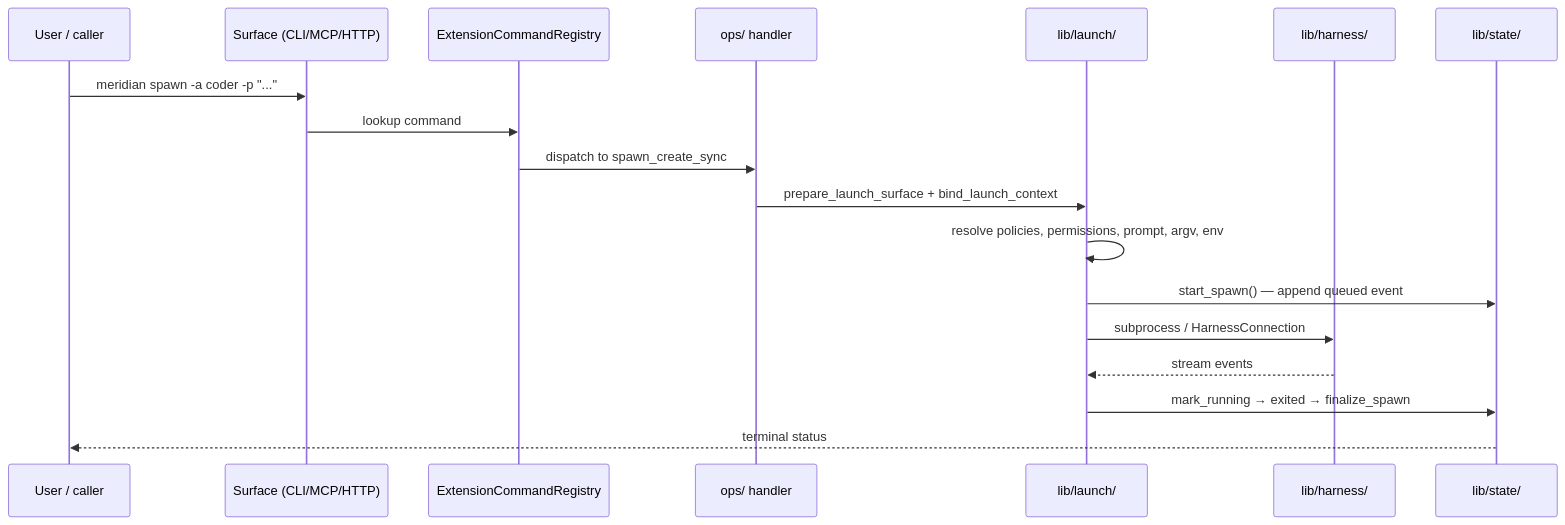
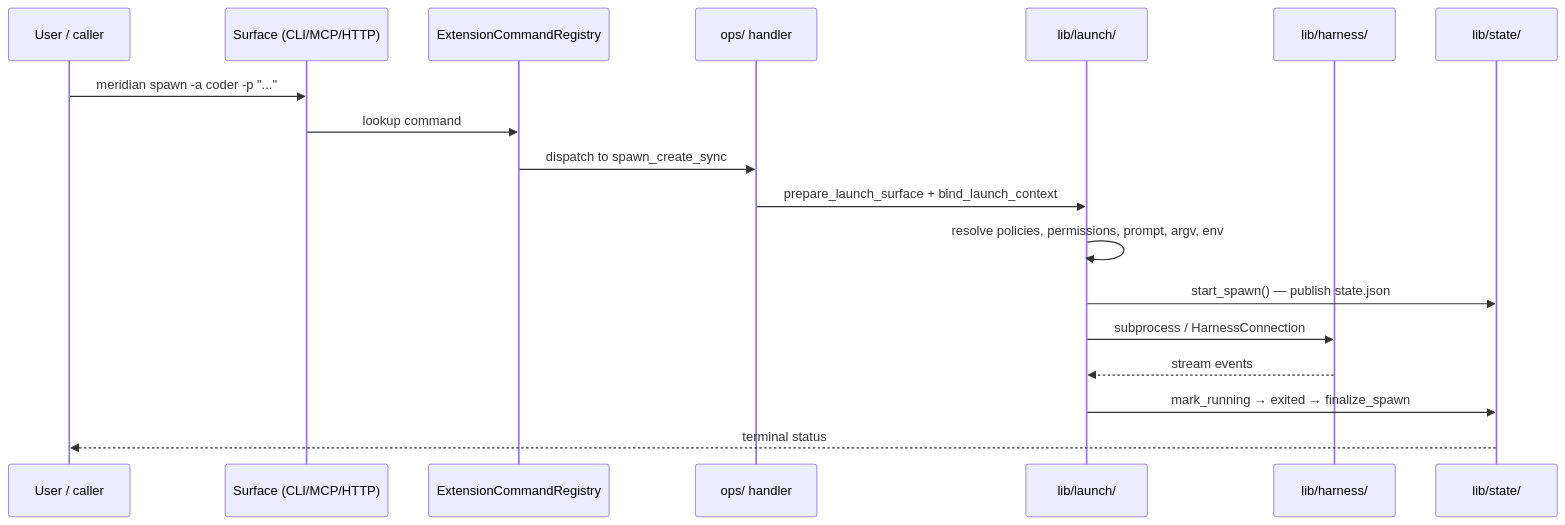
One commit to haowjy/meridian-cli-kb changed the second of 3 diagrams in kb/architecture/system-overview.md. Above: the diagram before and after it, drawn with Mermaid. The commit also changed other lines of this file and 19 other files, not shown here.

````diff
--- a/kb/architecture/system-overview.md
+++ b/kb/architecture/system-overview.md
@@ -41,21 +41,21 @@
 ```mermaid
 sequenceDiagram
     participant U as User / caller
     participant S as Surface (CLI/MCP/HTTP)
     participant R as ExtensionCommandRegistry
     participant O as ops/ handler
     participant L as lib/launch/
     participant H as lib/harness/
     participant St as lib/state/
 
     U->>S: meridian spawn -a coder -p "..."
     S->>R: lookup command
     R->>O: dispatch to spawn_create_sync
     O->>L: prepare_launch_surface + bind_launch_context
     L->>L: resolve policies, permissions, prompt, argv, env
-    L->>St: start_spawn() — append queued event
+    L->>St: start_spawn() — publish state.json
     L->>H: subprocess / HarnessConnection
     H-->>L: stream events
     L->>St: mark_running → exited → finalize_spawn
     St-->>U: terminal status
 ```
````
